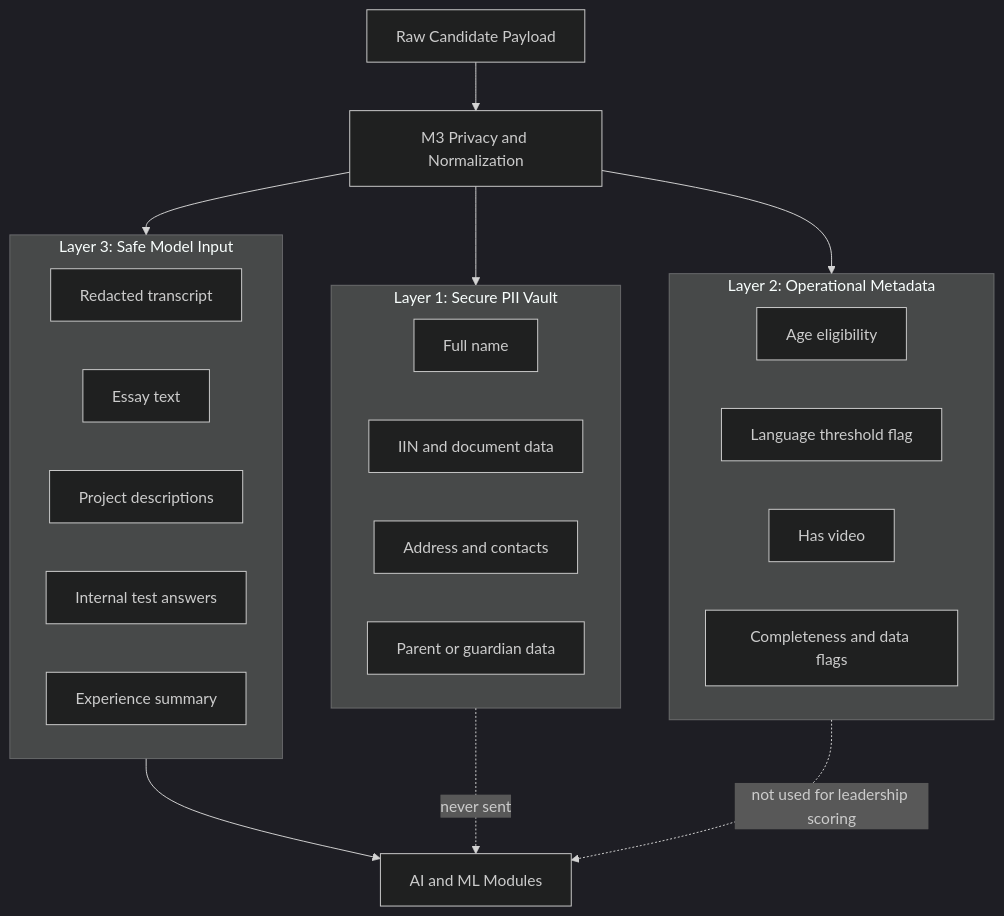
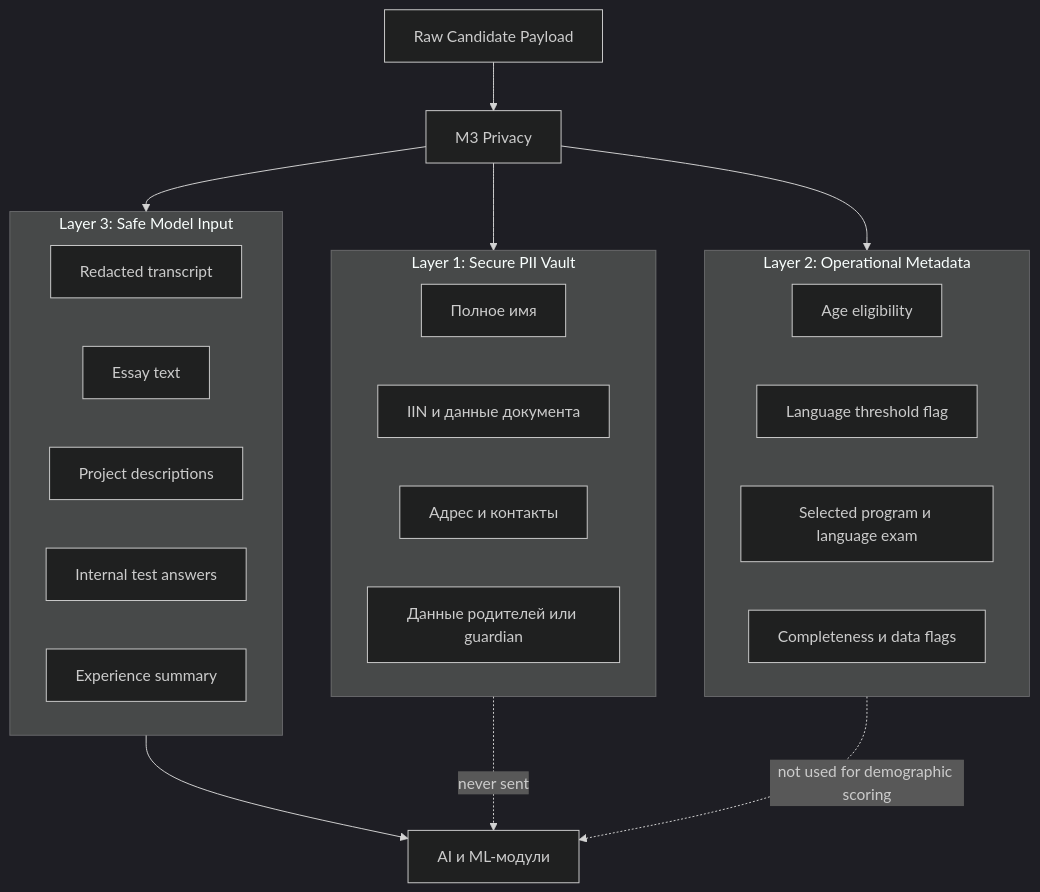
The second of 3 diagrams in docs/rus/ARCHITECTURE.md (alenisaw/invision_u_Vi-Ka), drawn with Mermaid (dark theme) before and after one commit. The commit also changed other lines of this file and 68 other files, not shown here.

````diff
--- a/docs/rus/ARCHITECTURE.md
+++ b/docs/rus/ARCHITECTURE.md
@@ -285,38 +205,38 @@
 ```mermaid
 flowchart TD
     Raw["Raw Candidate Payload"]
-    M3["M3 Privacy and Normalization"]
+    Privacy["M3 Privacy"]
 
     subgraph Layer1["Layer 1: Secure PII Vault"]
-        PII1["Full name"]
-        PII2["IIN and document data"]
-        PII3["Address and contacts"]
-        PII4["Parent or guardian data"]
+        PII1["Полное имя"]
+        PII2["IIN и данные документа"]
+        PII3["Адрес и контакты"]
+        PII4["Данные родителей или guardian"]
     end
 
     subgraph Layer2["Layer 2: Operational Metadata"]
         META1["Age eligibility"]
         META2["Language threshold flag"]
-        META3["Has video"]
-        META4["Completeness and data flags"]
+        META3["Selected program и language exam"]
+        META4["Completeness и data flags"]
     end
 
     subgraph Layer3["Layer 3: Safe Model Input"]
         SAFE1["Redacted transcript"]
         SAFE2["Essay text"]
         SAFE3["Project descriptions"]
         SAFE4["Internal test answers"]
         SAFE5["Experience summary"]
     end
 
-    AI["AI and ML Modules"]
+    AI["AI и ML-модули"]
 
-    Raw --> M3
-    M3 --> Layer1
-    M3 --> Layer2
-    M3 --> Layer3
+    Raw --> Privacy
+    Privacy --> Layer1
+    Privacy --> Layer2
+    Privacy --> Layer3
     Layer3 --> AI
 
     Layer1 -. never sent .-> AI
-    Layer2 -. not used for leadership scoring .-> AI
+    Layer2 -. not used for demographic scoring .-> AI
 ```
````
